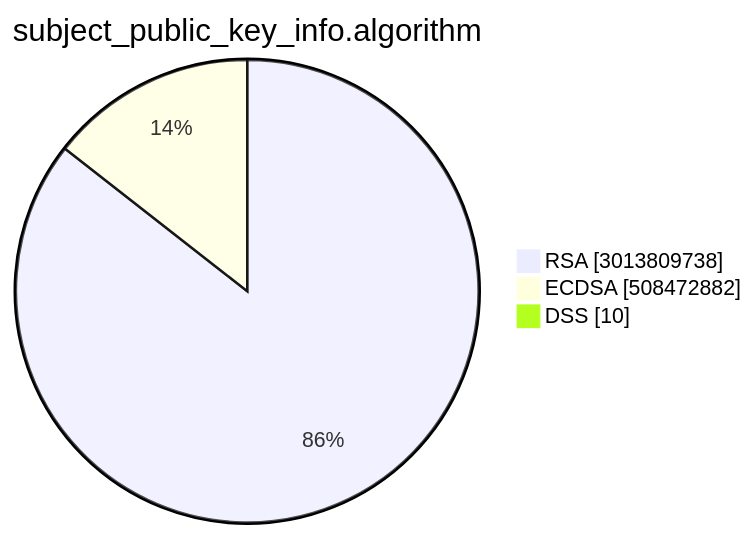
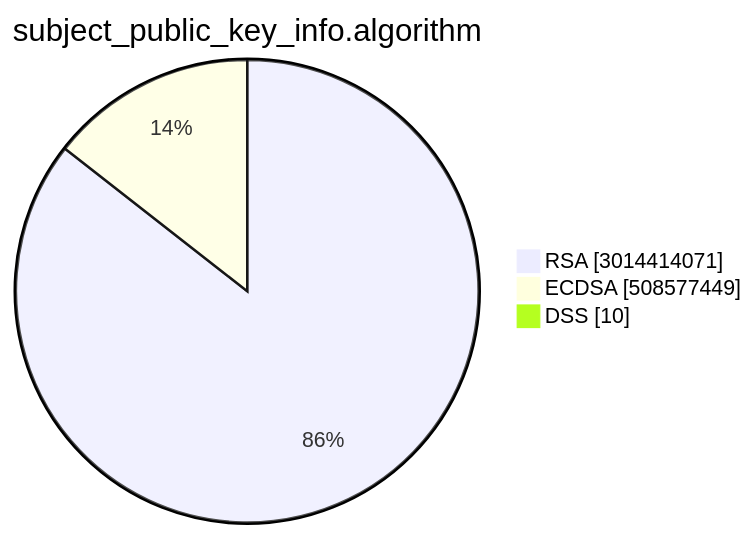
The second of 15 diagrams in TOTAL/README.md (christiankrug/ctmonitor_visualization), drawn with Mermaid before and after one commit. The commit also changed other lines of this file, not shown here.

````diff
--- a/TOTAL/README.md
+++ b/TOTAL/README.md
@@ -6,7 +6,7 @@
 ```mermaid
 pie showData
 title subject_public_key_info.algorithm
-"RSA" :3013809738
-"ECDSA" :508472882
+"RSA" :3014414071
+"ECDSA" :508577449
 "DSS" :10
 ```
````
